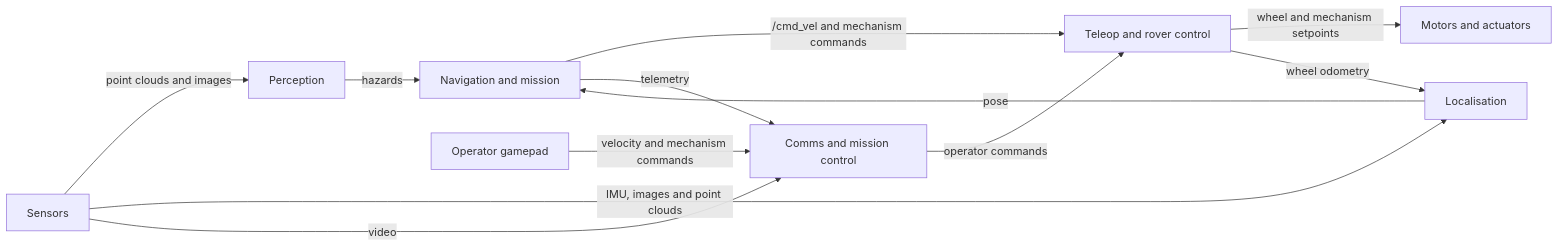
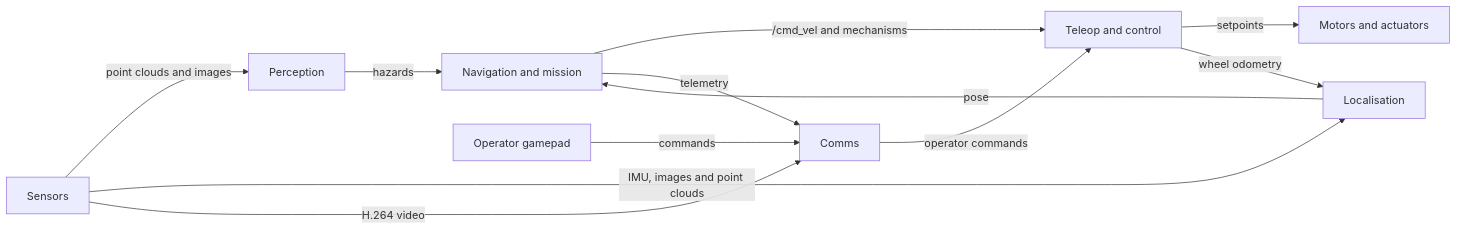
One commit to InnovaRobotics/innex-1 changed the second of 2 diagrams in docs/system-design.md. Above: the diagram before and after it, drawn with Mermaid. The commit also changed other lines of this file and 31 other files, not shown here.

````diff
--- a/docs/system-design.md
+++ b/docs/system-design.md
@@ -53,14 +57,14 @@
 ```mermaid
 flowchart LR
     sensors["Sensors"] -->|point clouds and images| perception["Perception"]
     sensors -->|IMU, images and point clouds| localisation["Localisation"]
     perception -->|hazards| nav["Navigation and mission"]
     localisation -->|pose| nav
-    nav -->|"/cmd_vel and mechanism commands"| control["Teleop and rover control"]
-    gamepad["Operator gamepad"] -->|velocity and mechanism commands| comms["Comms and mission control"]
-    control -->|wheel and mechanism setpoints| rover["Motors and actuators"]
+    nav -->|"/cmd_vel and mechanisms"| control["Teleop and control"]
+    gamepad["Operator gamepad"] -->|commands| comms["Comms"]
+    control -->|setpoints| rover["Motors and actuators"]
     comms -->|operator commands| control
-    sensors -->|video| comms
+    sensors -->|H.264 video| comms
     control -->|wheel odometry| localisation
     nav -->|telemetry| comms
 ```
````
